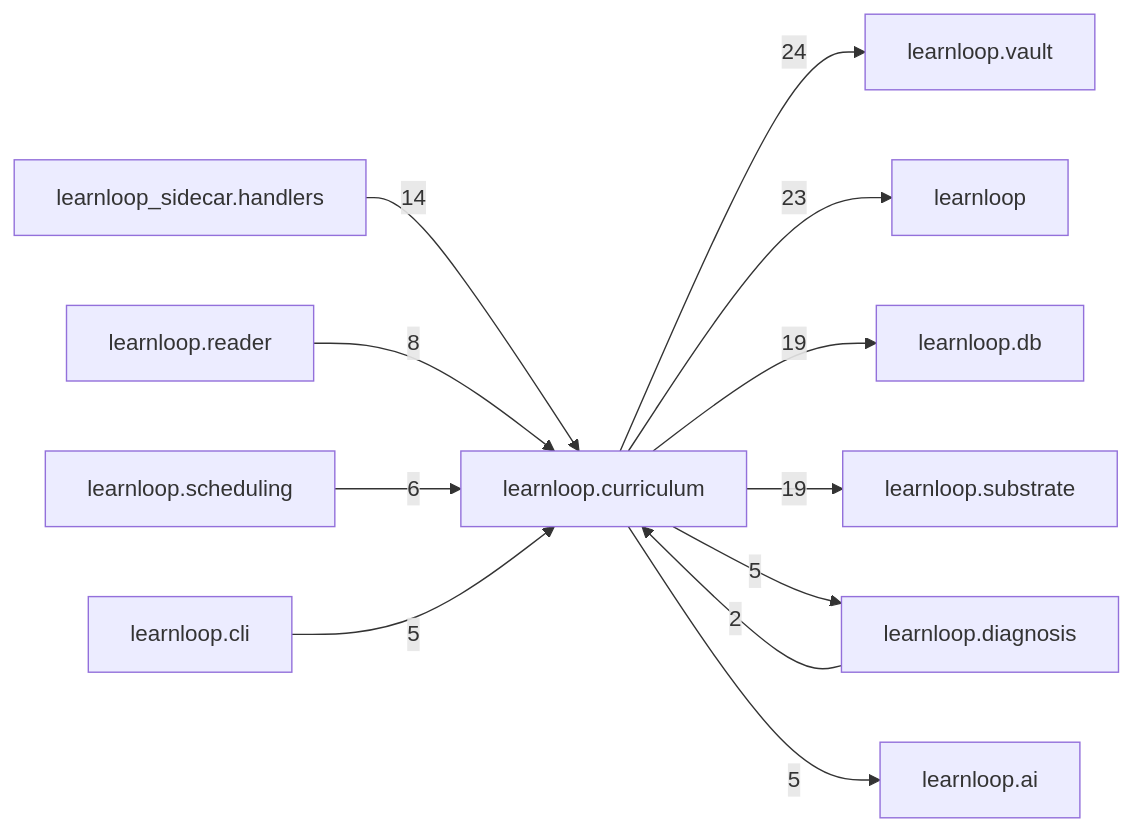
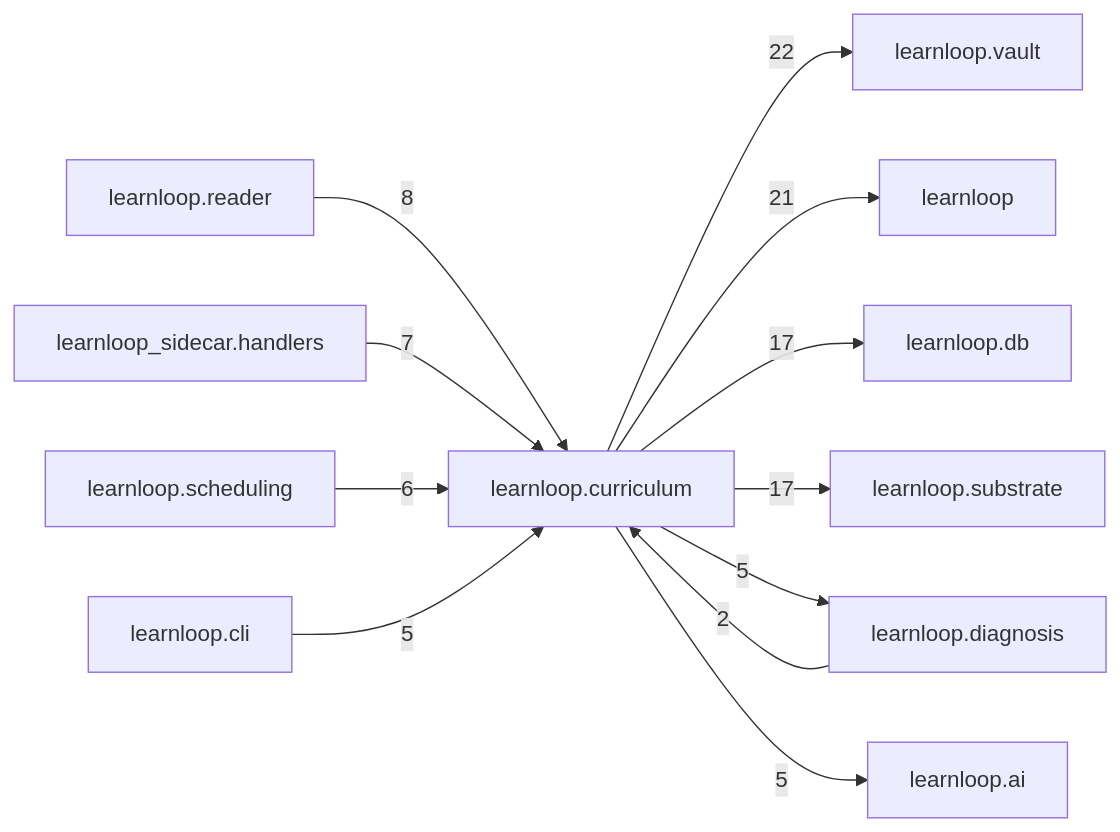
Before and after one commit to 6up-b/learnanything: the diagram in docs/learnloop-architecture-vault/Reference/Modules/learnloop/curriculum/_package.md, drawn with Mermaid. The commit also changed other lines of this file and 154 other files, not shown here.

````diff
--- a/docs/learnloop-architecture-vault/Reference/Modules/learnloop/curriculum/_package.md
+++ b/docs/learnloop-architecture-vault/Reference/Modules/learnloop/curriculum/_package.md
@@ -132,25 +128,25 @@
 ```mermaid
 flowchart LR
     center["learnloop.curriculum"]
     n_learnloop_vault["learnloop.vault"]
     n_learnloop["learnloop"]
     n_learnloop_db["learnloop.db"]
     n_learnloop_substrate["learnloop.substrate"]
-    n_learnloop_sidecar_handlers["learnloop_sidecar.handlers"]
     n_learnloop_reader["learnloop.reader"]
     n_learnloop_diagnosis["learnloop.diagnosis"]
+    n_learnloop_sidecar_handlers["learnloop_sidecar.handlers"]
     n_learnloop_scheduling["learnloop.scheduling"]
     n_learnloop_ai["learnloop.ai"]
     n_learnloop_cli["learnloop.cli"]
-    center -->|24| n_learnloop_vault
-    center -->|23| n_learnloop
-    center -->|19| n_learnloop_db
-    center -->|19| n_learnloop_substrate
-    n_learnloop_sidecar_handlers -->|14| center
+    center -->|22| n_learnloop_vault
+    center -->|21| n_learnloop
+    center -->|17| n_learnloop_db
+    center -->|17| n_learnloop_substrate
     n_learnloop_reader -->|8| center
     n_learnloop_diagnosis -->|2| center
     center -->|5| n_learnloop_diagnosis
+    n_learnloop_sidecar_handlers -->|7| center
     n_learnloop_scheduling -->|6| center
     center -->|5| n_learnloop_ai
     n_learnloop_cli -->|5| center
 ```
````
